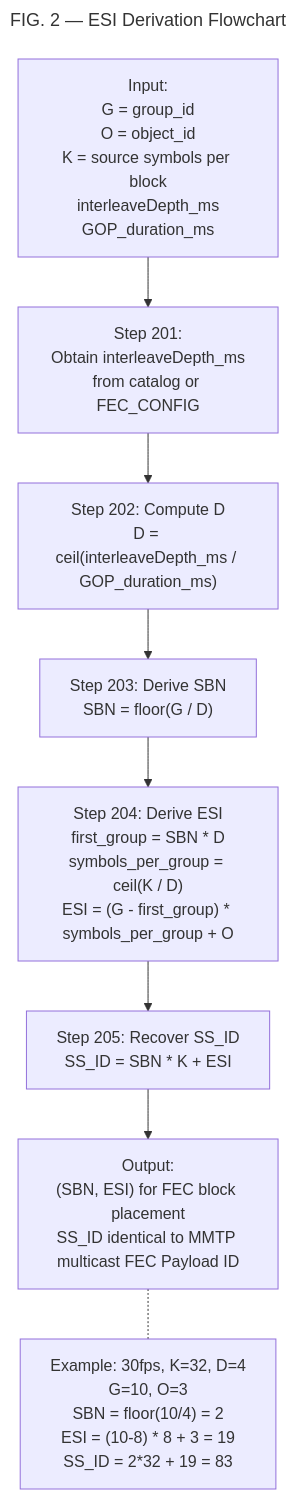
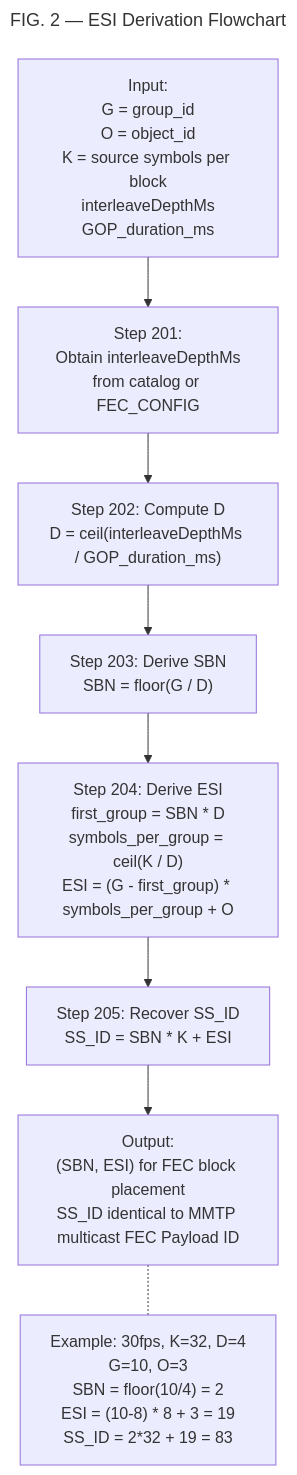
The diagram in patent/figures/APP1-FIG2-esi-derivation.mmd (Blockcast/moqcast-draft), drawn with Mermaid before and after one commit. The commit also changed 14 other files, not shown here.

```diff
--- a/patent/figures/APP1-FIG2-esi-derivation.mmd
+++ b/patent/figures/APP1-FIG2-esi-derivation.mmd
@@ -1,27 +1,27 @@
 ---
 title: "FIG. 2 — ESI Derivation Flowchart"
 ---
 flowchart TD
-    INPUT["Input:<br/>G = group_id<br/>O = object_id<br/>K = source symbols per block<br/>interleaveDepth_ms<br/>GOP_duration_ms"]
+    INPUT["Input:<br/>G = group_id<br/>O = object_id<br/>K = source symbols per block<br/>interleaveDepthMs<br/>GOP_duration_ms"]
 
-    STEP1["Step 201:<br/>Obtain interleaveDepth_ms<br/>from catalog or FEC_CONFIG"]
+    STEP1["Step 201:<br/>Obtain interleaveDepthMs<br/>from catalog or FEC_CONFIG"]
 
-    STEP2["Step 202: Compute D<br/>D = ceil(interleaveDepth_ms / GOP_duration_ms)"]
+    STEP2["Step 202: Compute D<br/>D = ceil(interleaveDepthMs / GOP_duration_ms)"]
 
     STEP3["Step 203: Derive SBN<br/>SBN = floor(G / D)"]
 
     STEP4["Step 204: Derive ESI<br/>first_group = SBN * D<br/>symbols_per_group = ceil(K / D)<br/>ESI = (G - first_group) * symbols_per_group + O"]
 
     STEP5["Step 205: Recover SS_ID<br/>SS_ID = SBN * K + ESI"]
 
     OUTPUT["Output:<br/>(SBN, ESI) for FEC block placement<br/>SS_ID identical to MMTP multicast FEC Payload ID"]
 
     EXAMPLE["Example: 30fps, K=32, D=4<br/>G=10, O=3<br/>SBN = floor(10/4) = 2<br/>ESI = (10-8) * 8 + 3 = 19<br/>SS_ID = 2*32 + 19 = 83"]
 
     INPUT --> STEP1
     STEP1 --> STEP2
     STEP2 --> STEP3
     STEP3 --> STEP4
     STEP4 --> STEP5
     STEP5 --> OUTPUT
     OUTPUT -.- EXAMPLE
```
